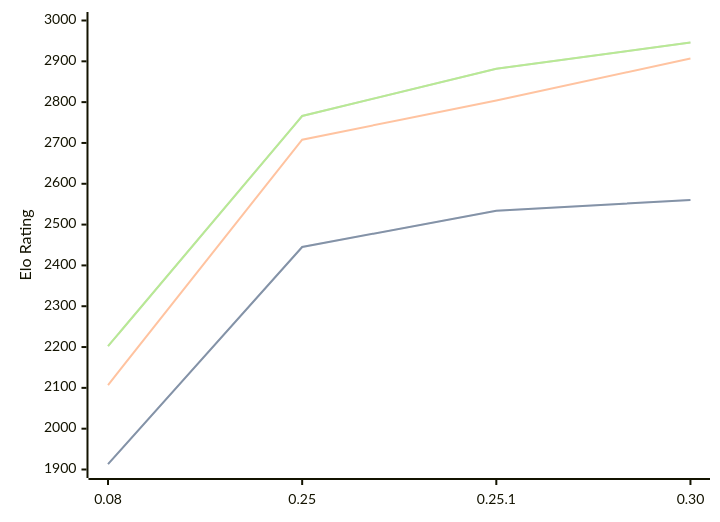
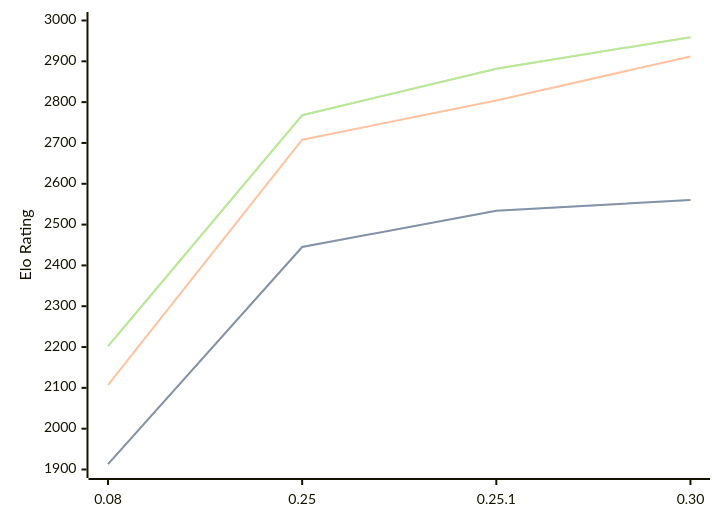
Before and after one commit to computer-chess-index/cci: the diagram in engines/Gecko.md, drawn with Mermaid. The commit also changed other lines of this file, not shown here.

Commit message:
Update CCI Ratings (ELO VLTC) - 2026-05-05

````diff
--- a/engines/Gecko.md
+++ b/engines/Gecko.md
@@ -34,11 +34,11 @@
 ```mermaid
 %%{init: {"theme":"base","themeVariables":{"seriesColors:['#a3a3a3','#222221','#faa371']}}}%%
 xychart-beta
   x-axis ["0.08", "0.25", "0.25.1", "0.30"]
   y-axis "Elo Rating" 1900 --> 3000
   line "STC (8.0+0.08s)" [1913, 2445, 2534, 2560]
   line "STC (8.0+0.08s)" [1913, 2445, 2534, 2560]
-  line "LTC (60.0+0.60s)" [2107, 2708, 2804, 2907]
-  line "VLTC (2m24s+1.12s)" [2202, 2766, 2882, 2946]
-  line "VLTC (2m24s+1.12s)" [2202, 2766, 2882, 2946]
+  line "LTC (60.0+0.60s)" [2107, 2708, 2804, 2912]
+  line "VLTC (2m24s+1.12s)" [2202, 2768, 2882, 2959]
+  line "VLTC (2m24s+1.12s)" [2202, 2768, 2882, 2959]
 ```
````
